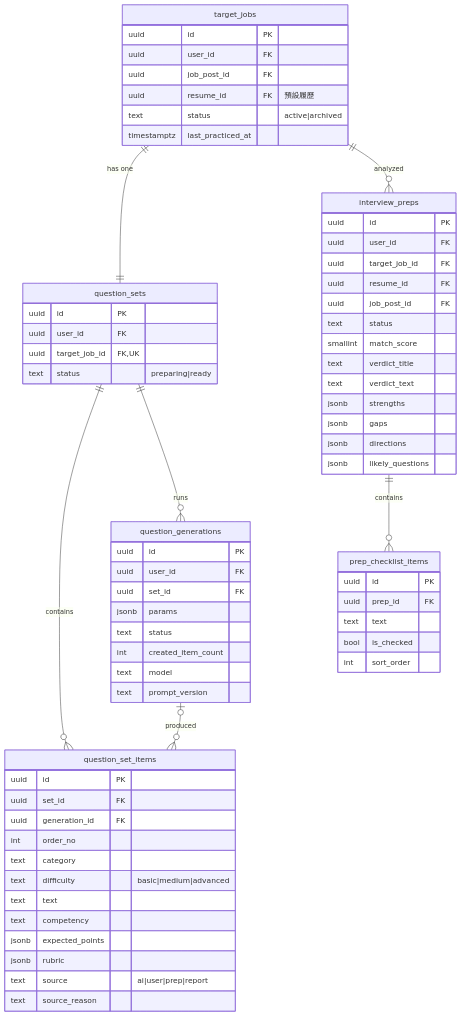
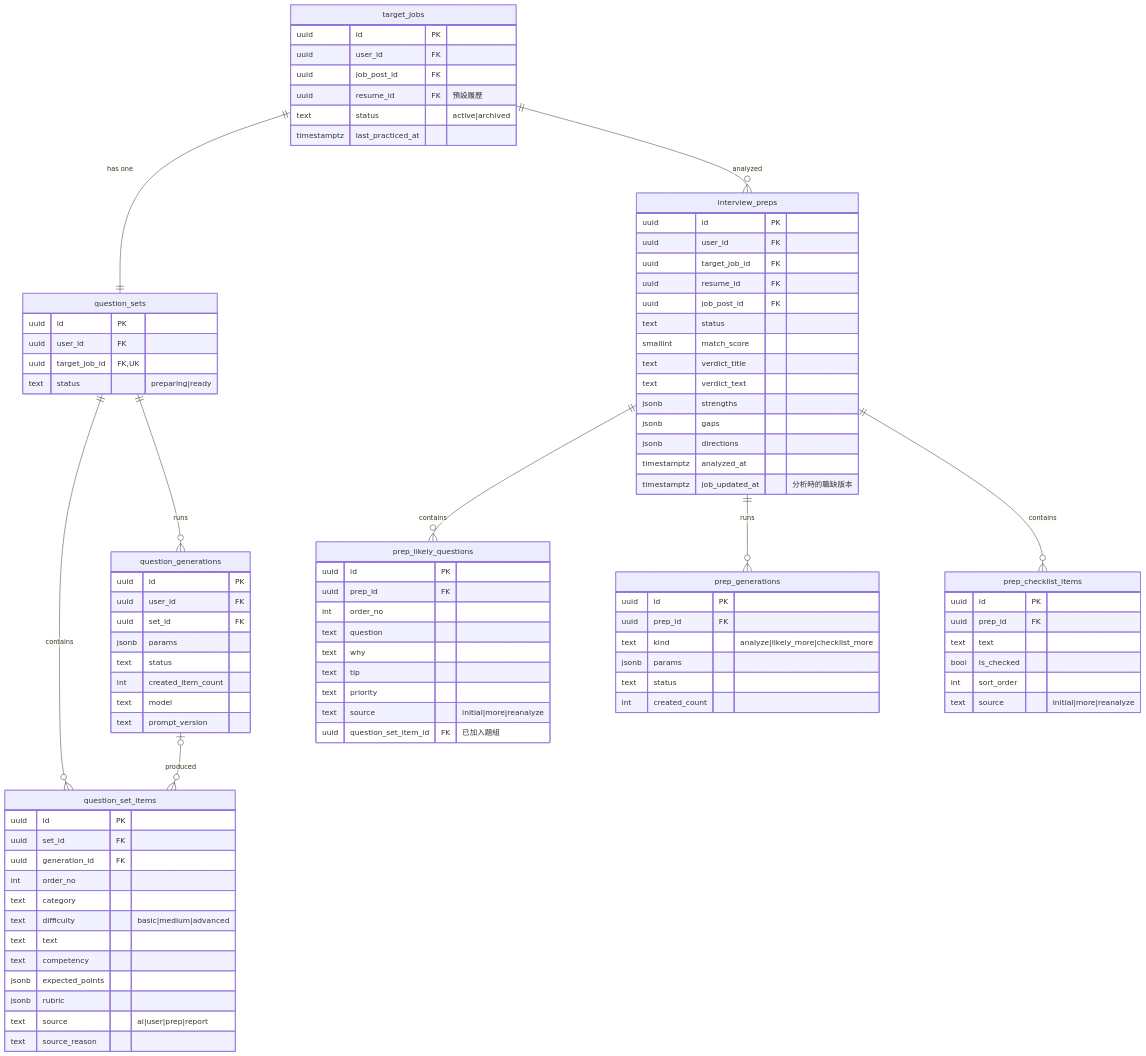
The third of 4 diagrams in spec/postgresql.md (WilliamTsai1227/AI_Interview), drawn with Mermaid before and after one commit. The commit also changed other lines of this file and 4 other files, not shown here.

```diff
--- a/spec/postgresql.md
+++ b/spec/postgresql.md
@@ -221,7 +223,19 @@
         jsonb strengths
         jsonb gaps
         jsonb directions
-        jsonb likely_questions
+        timestamptz analyzed_at
+        timestamptz job_updated_at "分析時的職缺版本"
+    }
+    prep_likely_questions {
+        uuid id PK
+        uuid prep_id FK
+        int order_no
+        text question
+        text why
+        text tip
+        text priority
+        text source "initial|more|reanalyze"
+        uuid question_set_item_id FK "已加入題組"
     }
     prep_checklist_items {
         uuid id PK
@@ -229,9 +243,20 @@
         text text
         bool is_checked
         int sort_order
+        text source "initial|more|reanalyze"
+    }
+    prep_generations {
+        uuid id PK
+        uuid prep_id FK
+        text kind "analyze|likely_more|checklist_more"
+        jsonb params
+        text status
+        int created_count
     }
     target_jobs ||--|| question_sets : "has one"
     target_jobs ||--o{ interview_preps : analyzed
+    interview_preps ||--o{ prep_likely_questions : contains
+    interview_preps ||--o{ prep_generations : runs
     question_sets ||--o{ question_set_items : contains
     question_sets ||--o{ question_generations : runs
     question_generations |o--o{ question_set_items : produced
```
